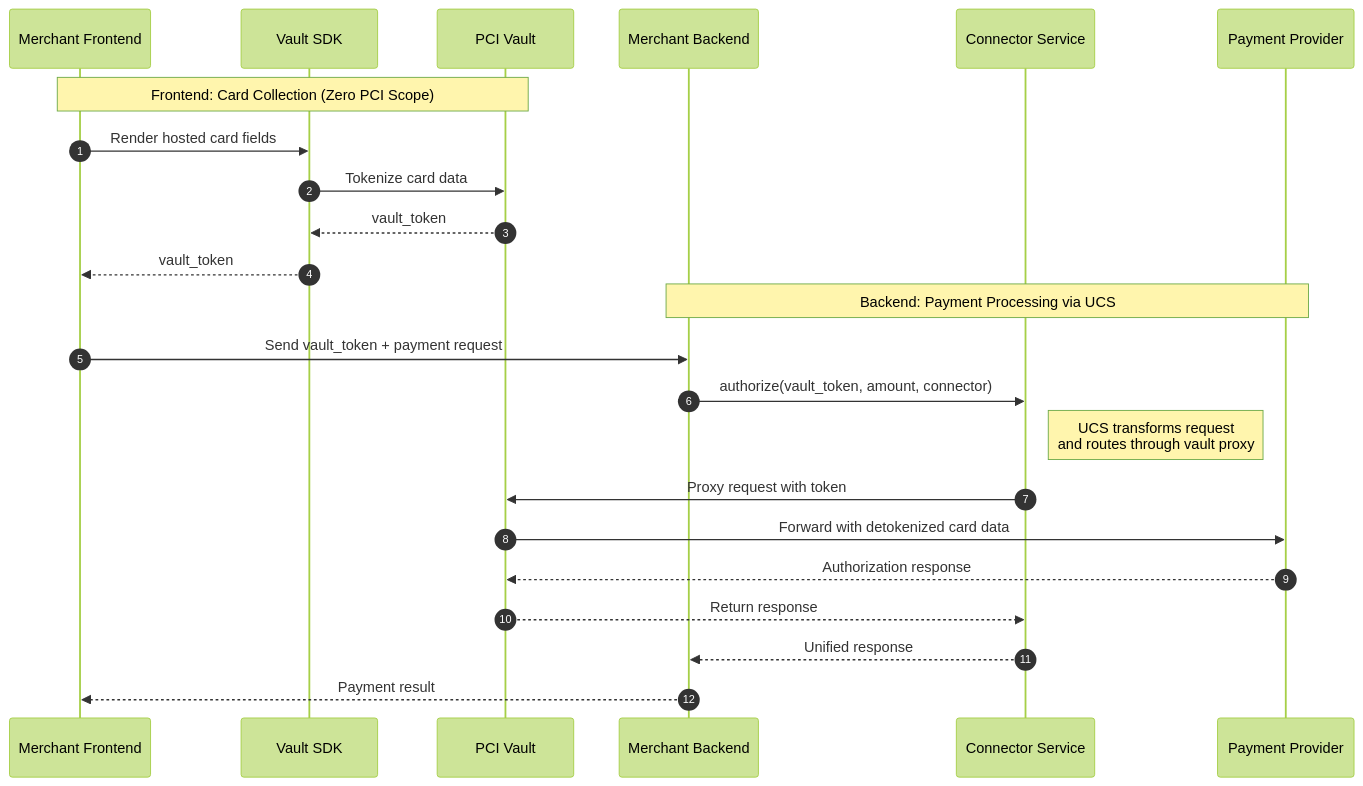
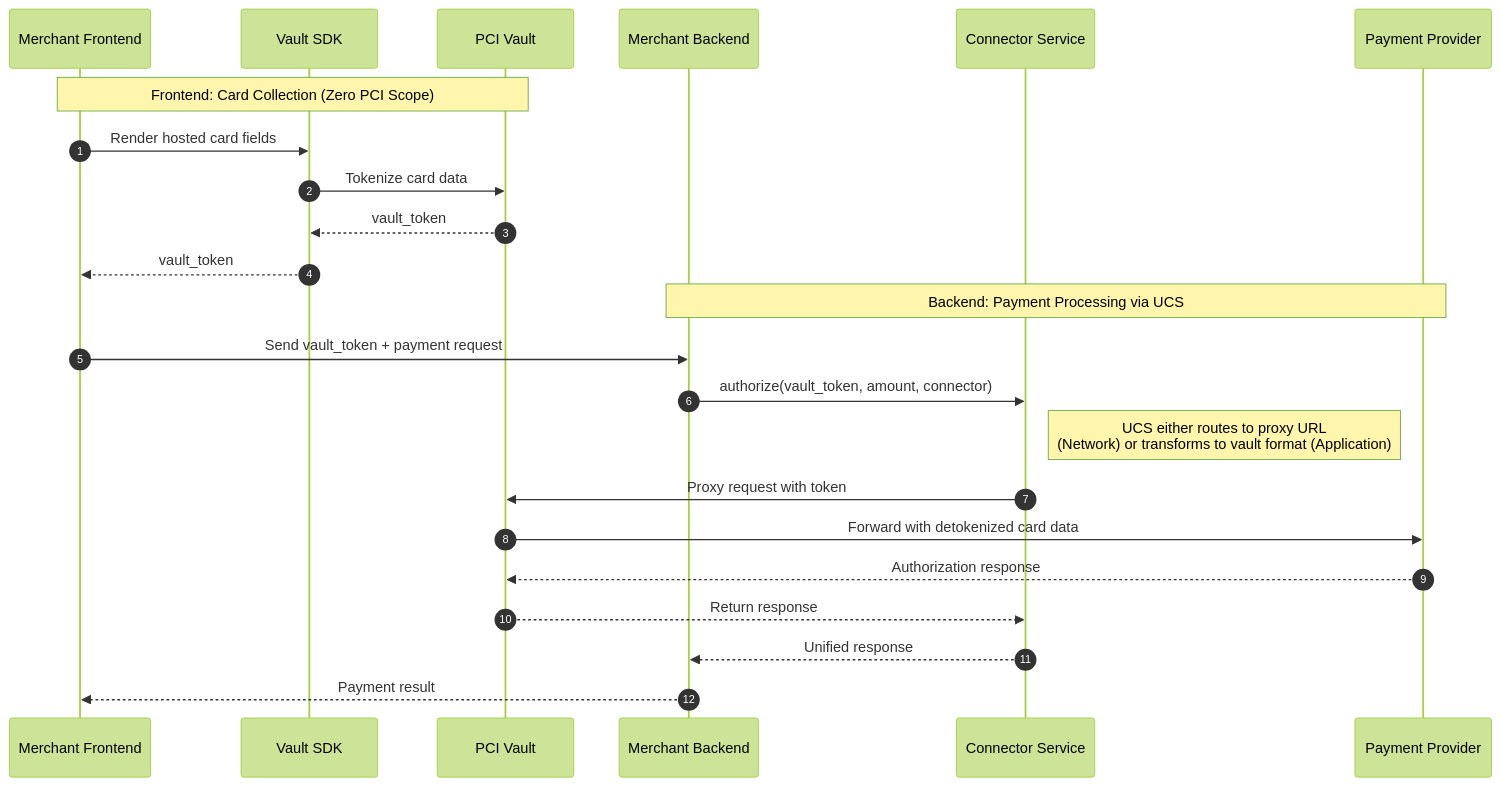
Before and after one commit to juspay/connector-service: the second of 2 diagrams in docs/pci-compliance/README.md, drawn with Mermaid (forest theme). The commit also changed other lines of this file and 2 other files, not shown here.

First line of the commit message:
docs: clarify Network vs Application Proxy token handling distinction

````diff
--- a/docs/pci-compliance/README.md
+++ b/docs/pci-compliance/README.md
@@ -93,27 +93,27 @@
 ```mermaid
 sequenceDiagram
     autonumber
     participant FE as Merchant Frontend
     participant VSDK as Vault SDK
     participant Vault as PCI Vault
     participant BE as Merchant Backend
     participant connector-service as Connector Service
     participant PSP as Payment Provider
 
     Note over FE,Vault: Frontend: Card Collection (Zero PCI Scope)
     FE->>VSDK: Render hosted card fields
     VSDK->>Vault: Tokenize card data
     Vault-->>VSDK: vault_token
     VSDK-->>FE: vault_token
 
     Note over BE,PSP: Backend: Payment Processing via UCS
     FE->>BE: Send vault_token + payment request
     BE->>connector-service: authorize(vault_token, amount, connector)
-    Note right of connector-service: UCS transforms request<br/>and routes through vault proxy
+    Note right of connector-service: UCS either routes to proxy URL<br/>(Network) or transforms to vault format (Application)
     connector-service->>Vault: Proxy request with token
     Vault->>PSP: Forward with detokenized card data
     PSP-->>Vault: Authorization response
     Vault-->>connector-service: Return response
     connector-service-->>BE: Unified response
     BE-->>FE: Payment result
 ```
````
